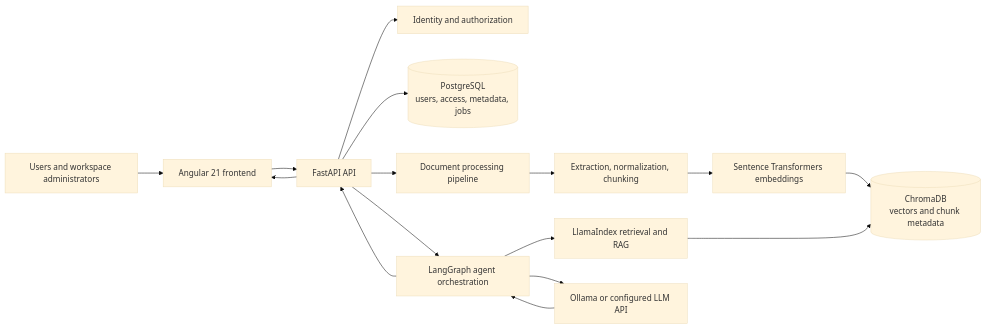
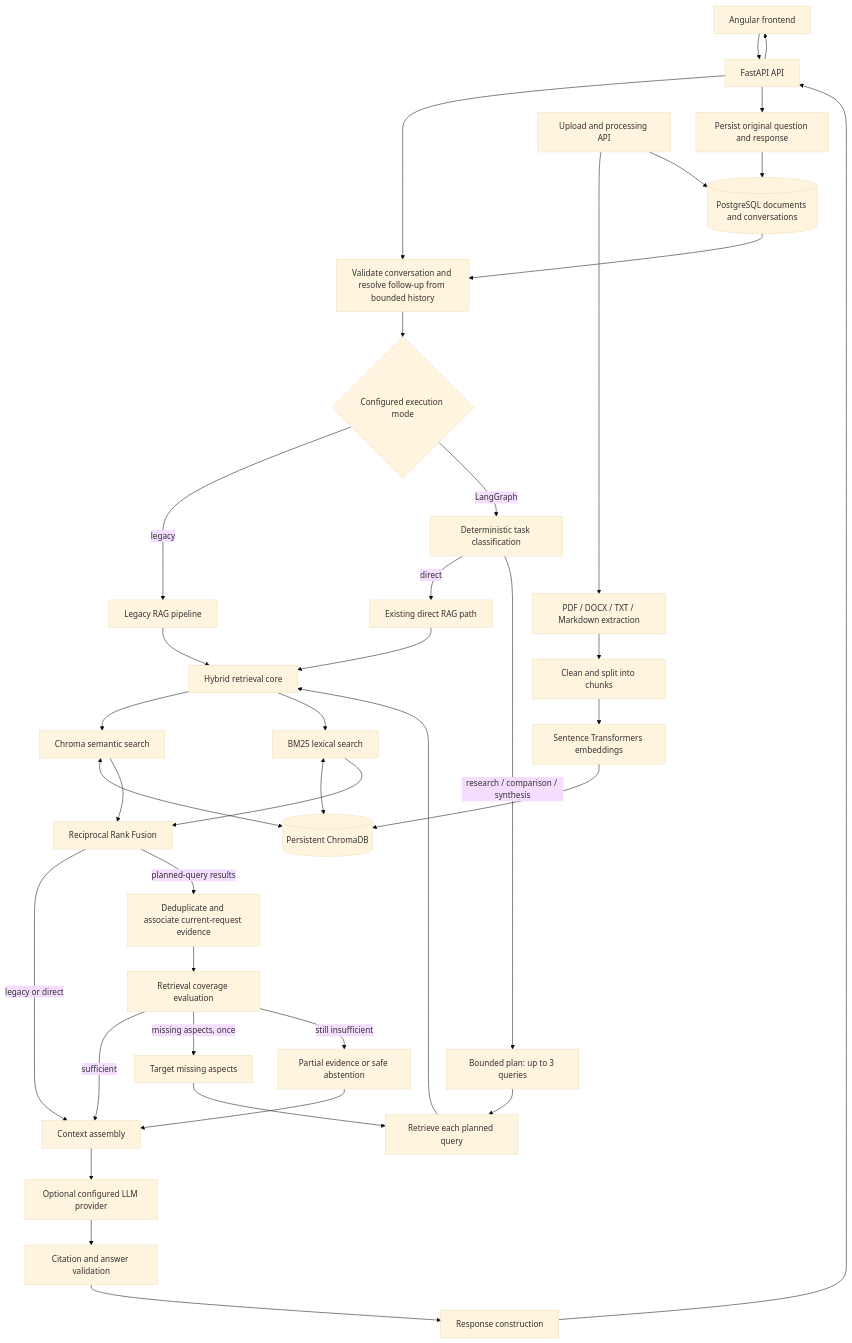
One commit to Aden-Raj/knowsphere-ai changed the diagram in README.md. Above: the diagram before and after it, drawn with Mermaid (base theme). The commit also changed other lines of this file and 41 other files, not shown here.

````diff
--- a/README.md
+++ b/README.md
@@ -15,18 +64,41 @@
 ```mermaid
-flowchart LR
-    U[Users and workspace administrators] --> FE[Angular 21 frontend]
-    FE --> API[FastAPI API]
-    API --> AUTH[Identity and authorization]
-    API --> PG[(PostgreSQL<br/>users, access, metadata, jobs)]
-    API --> ING[Document processing pipeline]
-    ING --> PARSE[Extraction, normalization, chunking]
-    PARSE --> EMB[Sentence Transformers embeddings]
-    EMB --> CH[(ChromaDB<br/>vectors and chunk metadata)]
-    API --> GRAPH[LangGraph agent orchestration]
-    GRAPH --> RET[LlamaIndex retrieval and RAG]
-    RET --> CH
-    GRAPH --> LLM[Ollama or configured LLM API]
-    LLM --> GRAPH
-    GRAPH --> API
+flowchart TD
+    FE[Angular frontend] --> API[FastAPI API]
+    API --> MEM[Validate conversation and resolve follow-up from bounded history]
+    PG --> MEM
+    MEM --> MODE{Configured execution mode}
+    MODE -->|legacy| LEGACY[Legacy RAG pipeline]
+    MODE -->|LangGraph| CLASSIFY[Deterministic task classification]
+    CLASSIFY -->|direct| DIRECT[Existing direct RAG path]
+    CLASSIFY -->|research / comparison / synthesis| PLAN[Bounded plan: up to 3 queries]
+    PLAN --> TASKS[Retrieve each planned query]
+    LEGACY --> CORE[Hybrid retrieval core]
+    DIRECT --> CORE
+    TASKS --> CORE
+    CORE --> SEM[Chroma semantic search]
+    CORE --> BM25[BM25 lexical search]
+    SEM <--> VDB[(Persistent ChromaDB)]
+    BM25 <--> VDB
+    SEM --> RRF[Reciprocal Rank Fusion]
+    BM25 --> RRF
+    RRF -->|legacy or direct| CONTEXT[Context assembly]
+    RRF -->|planned-query results| AGG[Deduplicate and associate current-request evidence]
+    AGG --> COVER[Retrieval coverage evaluation]
+    COVER -->|sufficient| CONTEXT[Context assembly]
+    COVER -->|missing aspects, once| ADJUST[Target missing aspects]
+    ADJUST --> TASKS
+    COVER -->|still insufficient| PARTIAL[Partial evidence or safe abstention]
+    PARTIAL --> CONTEXT
+    CONTEXT --> LLM[Optional configured LLM provider]
+    LLM --> VALIDATE[Citation and answer validation]
+    VALIDATE --> RESPONSE[Response construction]
+    RESPONSE --> API
+    API --> SAVE[Persist original question and response]
+    SAVE --> PG[(PostgreSQL documents and conversations)]
     API --> FE
+    INGEST[Upload and processing API] --> EXTRACT[PDF / DOCX / TXT / Markdown extraction]
+    EXTRACT --> CHUNK[Clean and split into chunks]
+    CHUNK --> EMBED[Sentence Transformers embeddings]
+    EMBED --> VDB
+    INGEST --> PG
 ```
````
